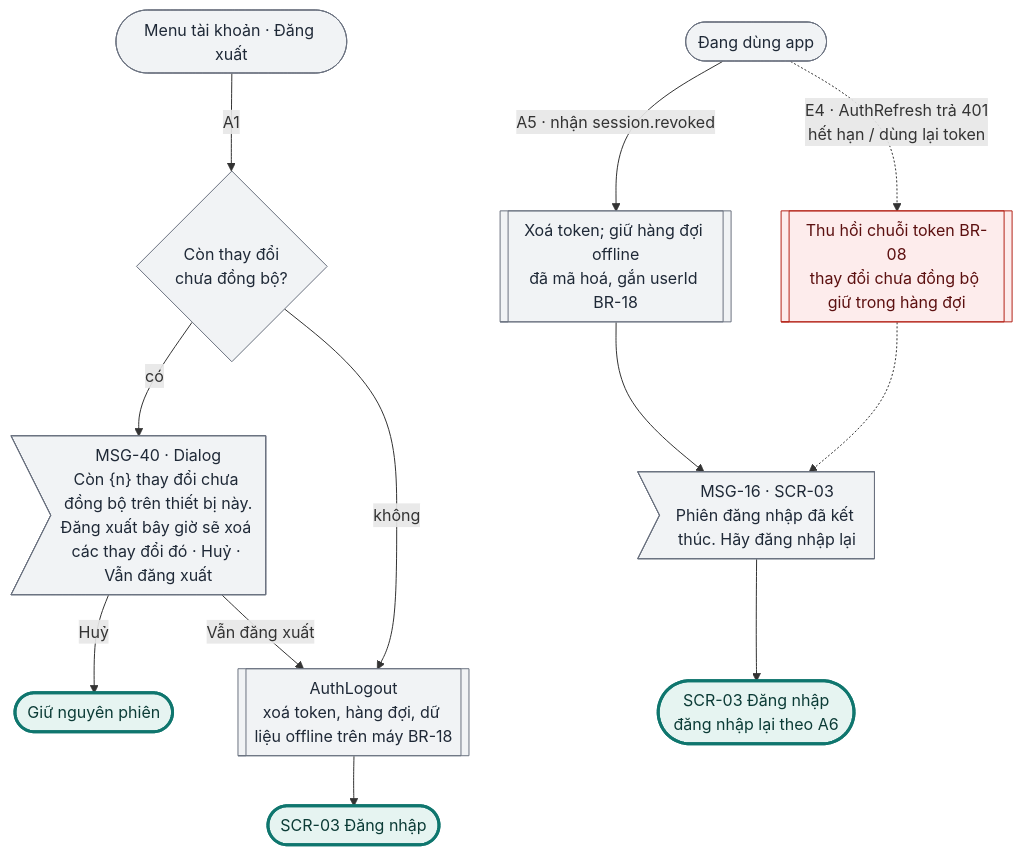
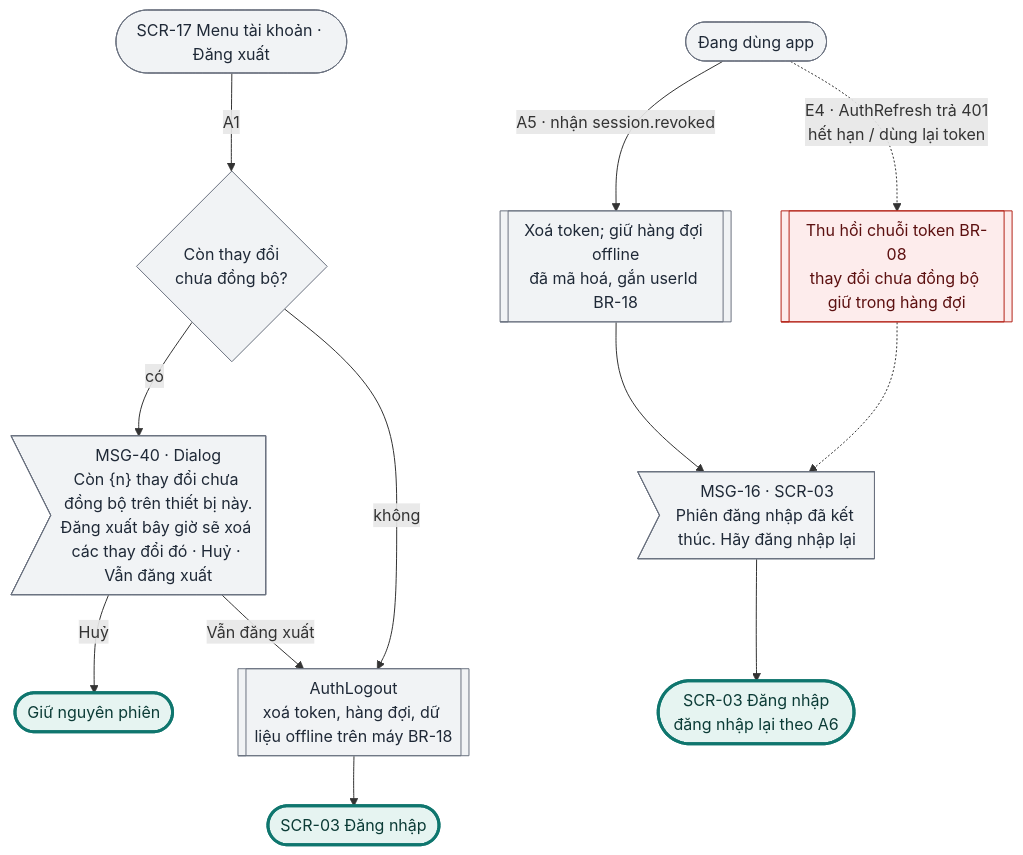
Before and after one commit to tannguyenho/personal-app: the eighth of 27 diagrams in docs/design-brief/flow/g01-tai-khoan.md, drawn with Mermaid. The commit also changed other lines of this file and 6 other files, not shown here.

First line of the commit message:
docs(G01, G10): áp quyết định PO 09/11 vào SRS, PRD, flow; IA trỏ mã mới

````diff
--- a/docs/design-brief/flow/g01-tai-khoan.md
+++ b/docs/design-brief/flow/g01-tai-khoan.md
@@ -360,29 +360,29 @@
 ```mermaid
 flowchart TD
-  a1s(["Menu tài khoản · Đăng xuất"]) -->|"A1"| d1{"Còn thay đổi<br/>chưa đồng bộ?"}
+  a1s(["SCR-17 Menu tài khoản · Đăng xuất"]) -->|"A1"| d1{"Còn thay đổi<br/>chưa đồng bộ?"}
   d1 -->|"có"| a1m>"MSG-40 · Dialog<br/>Còn {n} thay đổi chưa đồng bộ trên thiết bị này.<br/>Đăng xuất bây giờ sẽ xoá các thay đổi đó · Huỷ · Vẫn đăng xuất"]
   a1m -->|"Huỷ"| a1k(["Giữ nguyên phiên"])
   a1m -->|"Vẫn đăng xuất"| a1p
   d1 -->|"không"| a1p[["AuthLogout<br/>xoá token, hàng đợi, dữ liệu offline trên máy BR-18"]]
   a1p --> a1ok(["SCR-03 Đăng nhập"])
 
   a5s(["Đang dùng app"]) -->|"A5 · nhận session.revoked"| a5p[["Xoá token; giữ hàng đợi offline<br/>đã mã hoá, gắn userId BR-18"]]
   a5p --> a5m>"MSG-16 · SCR-03<br/>Phiên đăng nhập đã kết thúc. Hãy đăng nhập lại"]
   a5m --> a5ok(["SCR-03 Đăng nhập<br/>đăng nhập lại theo A6"])
 
   a5s -.->|"E4 · AuthRefresh trả 401<br/>hết hạn / dùng lại token"| e4[["Thu hồi chuỗi token BR-08<br/>thay đổi chưa đồng bộ giữ trong hàng đợi"]]
   e4 -.-> a5m
 
   class a1s,d1,a1m,a1p,a5s,a5p,a5m alt
   class e4 err
   class a1k,a1ok,a5ok done
   classDef happy fill:#E6F4F1,stroke:#0F766E,color:#0B3B36
   classDef alt fill:#F1F3F5,stroke:#6B7280,color:#1F2937
   classDef err fill:#FDECEC,stroke:#B42318,color:#5C1010
   classDef warn fill:#FEF4E2,stroke:#B45309,color:#4A2604
   classDef ai fill:#F1ECFD,stroke:#6D28D9,color:#2E1065
   classDef sync fill:#FFFFFF,stroke:#6B7280,stroke-dasharray:4 3,color:#1F2937
   classDef link fill:#FFFFFF,stroke:#0F766E,stroke-dasharray:4 3,color:#0B3B36
   classDef done fill:#E6F4F1,stroke:#0F766E,stroke-width:3px,color:#0B3B36
   classDef fail fill:#FDECEC,stroke:#B42318,stroke-width:3px,color:#5C1010
 ```
````
